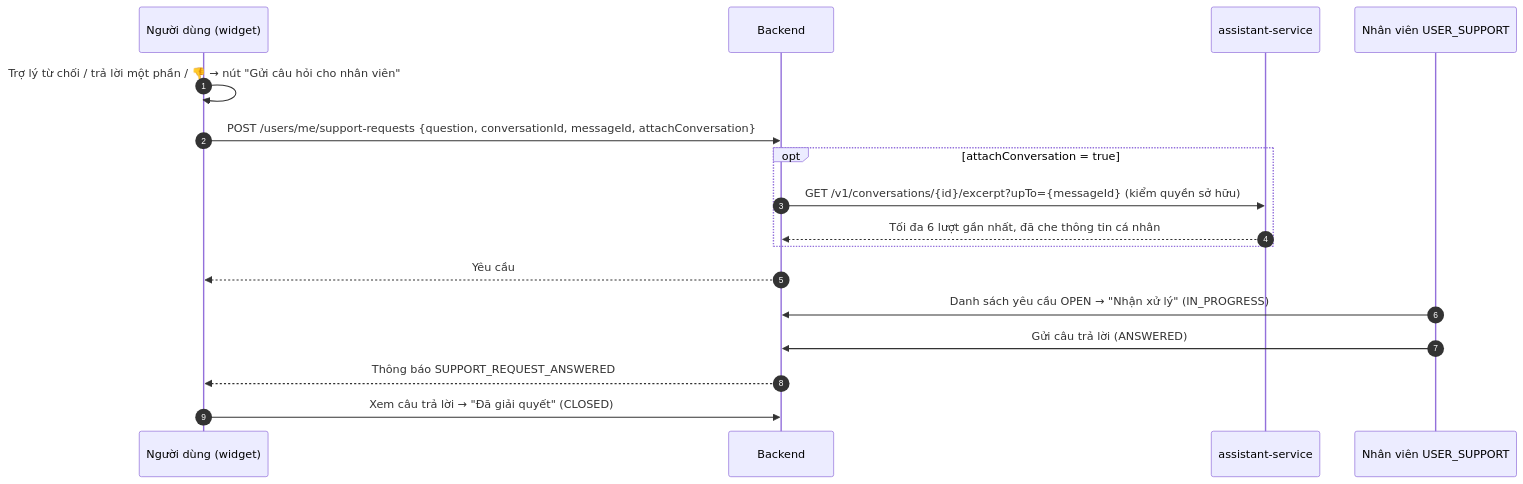
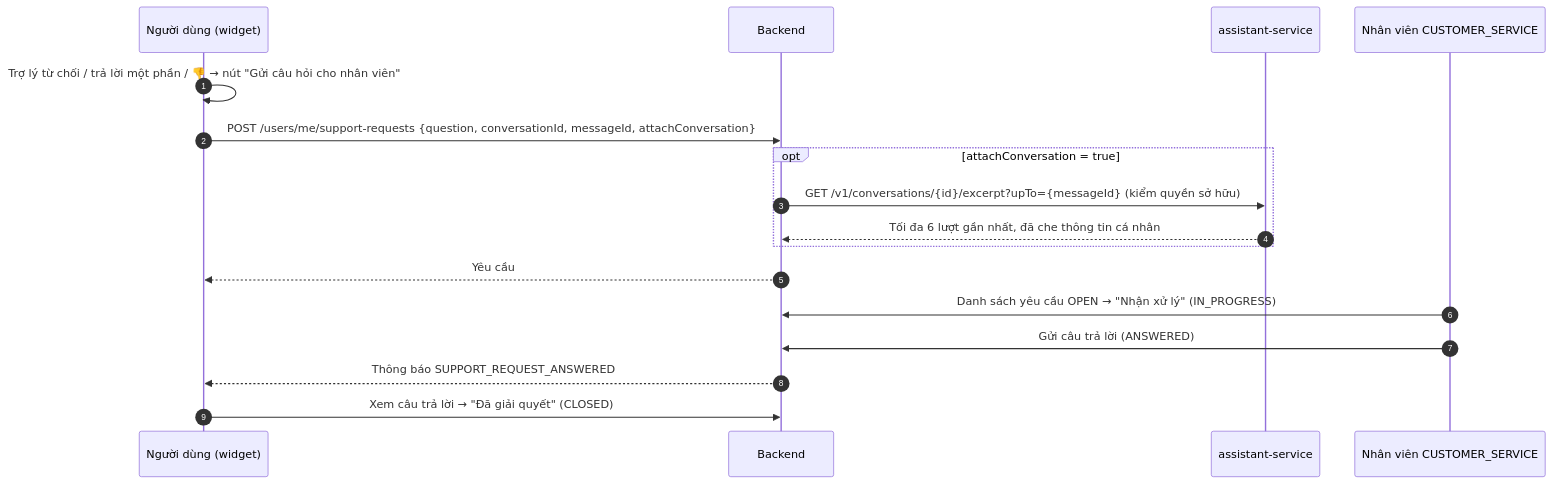
Before and after one commit to lybii/ptutor-support-assistant: the first of 2 diagrams in docs/14-yeu-cau-ho-tro.md, drawn with Mermaid. The commit also changed other lines of this file and 9 other files, not shown here.

````diff
--- a/docs/14-yeu-cau-ho-tro.md
+++ b/docs/14-yeu-cau-ho-tro.md
@@ -24,20 +24,20 @@
 ```mermaid
 sequenceDiagram
     autonumber
     participant U as Người dùng (widget)
     participant B as Backend
     participant A as assistant-service
-    participant N as Nhân viên USER_SUPPORT
+    participant N as Nhân viên CUSTOMER_SERVICE
 
     U->>U: Trợ lý từ chối / trả lời một phần / 👎 → nút "Gửi câu hỏi cho nhân viên"
     U->>B: POST /users/me/support-requests {question, conversationId, messageId, attachConversation}
     opt attachConversation = true
         B->>A: GET /v1/conversations/{id}/excerpt?upTo={messageId} (kiểm quyền sở hữu)
         A-->>B: Tối đa 6 lượt gần nhất, đã che thông tin cá nhân
     end
     B-->>U: Yêu cầu #… đã gửi (OPEN)
     N->>B: Danh sách yêu cầu OPEN → "Nhận xử lý" (IN_PROGRESS)
     N->>B: Gửi câu trả lời (ANSWERED)
     B-->>U: Thông báo SUPPORT_REQUEST_ANSWERED
     U->>B: Xem câu trả lời → "Đã giải quyết" (CLOSED)
 ```
````
